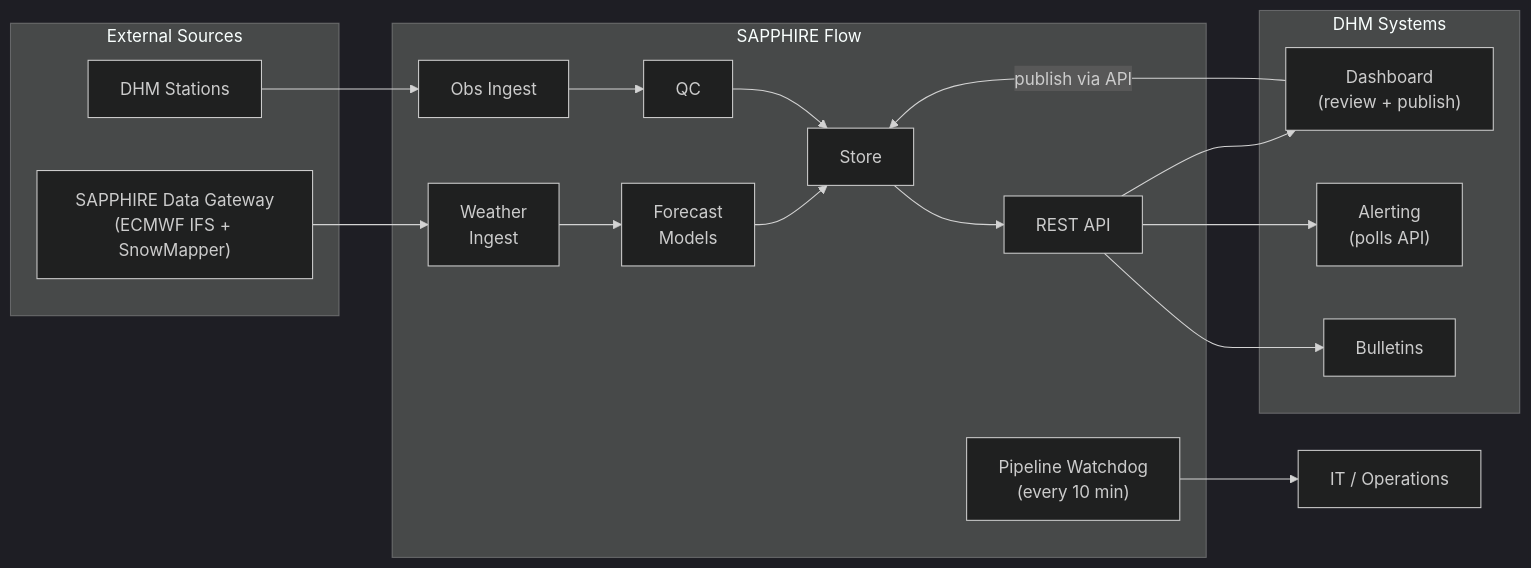
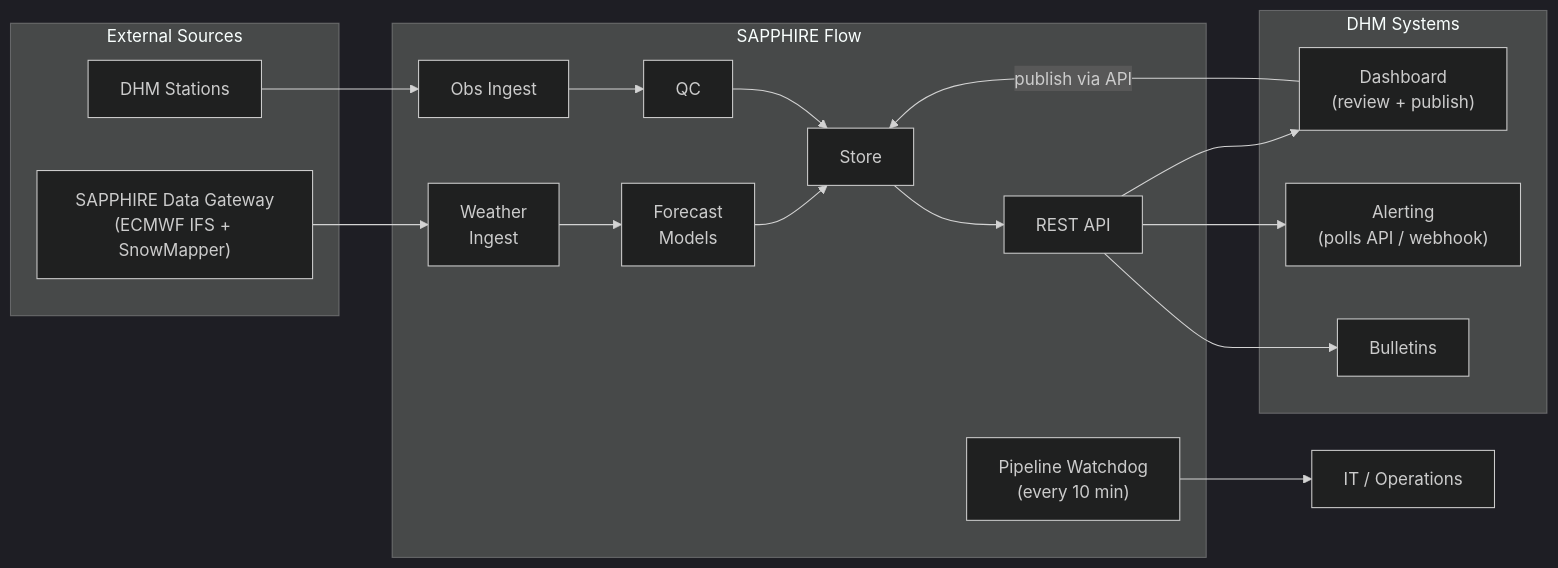
One commit to hydrosolutions/SAPPHIRE_flow changed the diagram in docs/handover/data-flows.md. Above: the diagram before and after it, drawn with Mermaid (dark theme). The commit also changed other lines of this file and 2 other files, not shown here.

First line of the commit message:
docs(handover): merge v4 revisions into data-flows.md

````diff
--- a/docs/handover/data-flows.md
+++ b/docs/handover/data-flows.md
@@ -43,28 +90,28 @@
 ```mermaid
 graph LR
     subgraph External Sources
         GW["SAPPHIRE Data Gateway<br/>(ECMWF IFS + SnowMapper)"]
         DHM["DHM Stations"]
     end
 
     subgraph SAPPHIRE Flow
         WI["Weather<br/>Ingest"] --> FM["Forecast<br/>Models"] --> ST["Store"]
         OI["Obs Ingest"] --> QC["QC"] --> ST
         ST --> API["REST API"]
         PW["Pipeline Watchdog<br/>(every 10 min)"]
     end
 
     subgraph DHM Systems
         DB["Dashboard<br/>(review + publish)"]
-        AL["Alerting<br/>(polls API)"]
+        AL["Alerting<br/>(polls API / webhook)"]
         BU["Bulletins"]
     end
 
     GW --> WI
     DHM --> OI
     API --> DB
     DB -->|"publish via API"| ST
     API --> AL
     API --> BU
     PW --> ITOPS["IT / Operations"]
 ```
````
